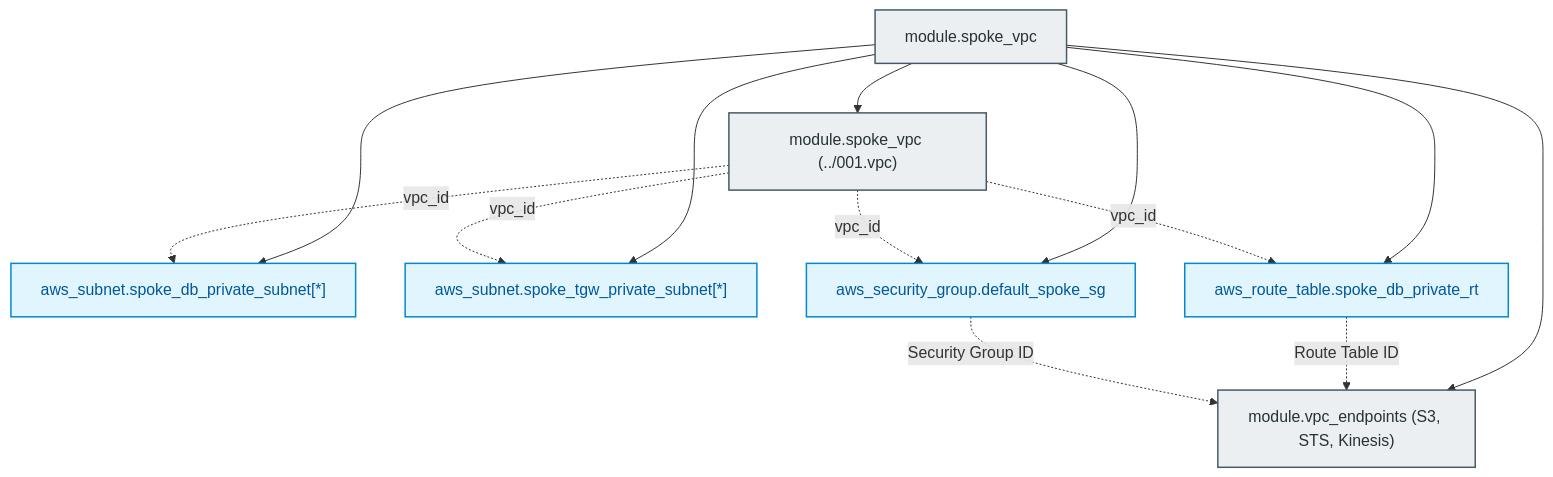
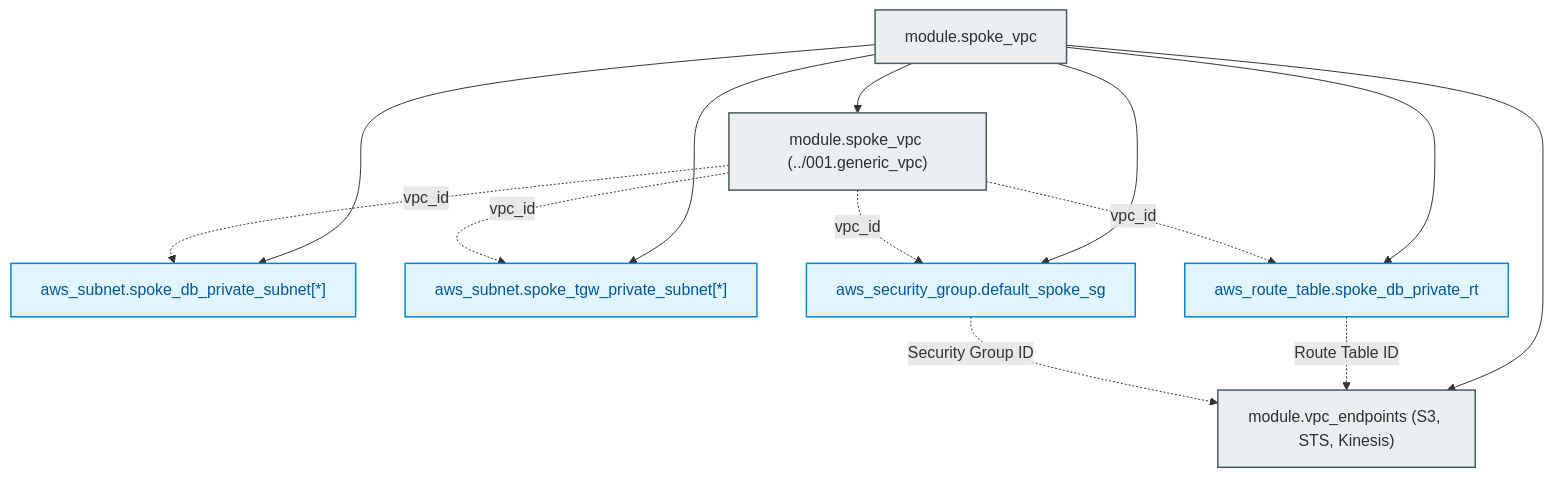
Before and after one commit to MikolajSedek/databricks_aws_deployment_01_vpc_networking: the second of 2 diagrams in modules/01.networking/002.spoke_vpc/README.md, drawn with Mermaid. The commit also changed other lines of this file and 54 other files, not shown here.

````diff
--- a/modules/01.networking/002.spoke_vpc/README.md
+++ b/modules/01.networking/002.spoke_vpc/README.md
@@ -103,27 +103,27 @@
 ```mermaid
 graph TD
     classDef moduleNode fill:#ECEFF1,stroke:#455A64,stroke-width:1.5px,color:#263238;
     classDef resNode fill:#E1F5FE,stroke:#0288D1,stroke-width:1.5px,color:#01579B;
 
     SpokeRoot["module.spoke_vpc"]:::moduleNode
-    BaseVPC["module.spoke_vpc (../001.vpc)"]:::moduleNode
+    BaseVPC["module.spoke_vpc (../001.generic_vpc)"]:::moduleNode
     SubnetCompute["aws_subnet.spoke_db_private_subnet[*]"]:::resNode
     SubnetTGW["aws_subnet.spoke_tgw_private_subnet[*]"]:::resNode
     RouteTable["aws_route_table.spoke_db_private_rt"]:::resNode
     SecGroup["aws_security_group.default_spoke_sg"]:::resNode
     VPCEndpoints["module.vpc_endpoints (S3, STS, Kinesis)"]:::moduleNode
 
     SpokeRoot --> BaseVPC
     SpokeRoot --> SubnetCompute
     SpokeRoot --> SubnetTGW
     SpokeRoot --> RouteTable
     SpokeRoot --> SecGroup
     SpokeRoot --> VPCEndpoints
 
     BaseVPC -.->|"vpc_id"| SubnetCompute
     BaseVPC -.->|"vpc_id"| SubnetTGW
     BaseVPC -.->|"vpc_id"| RouteTable
     BaseVPC -.->|"vpc_id"| SecGroup
     RouteTable -.->|"Route Table ID"| VPCEndpoints
     SecGroup -.->|"Security Group ID"| VPCEndpoints
 ```
````
